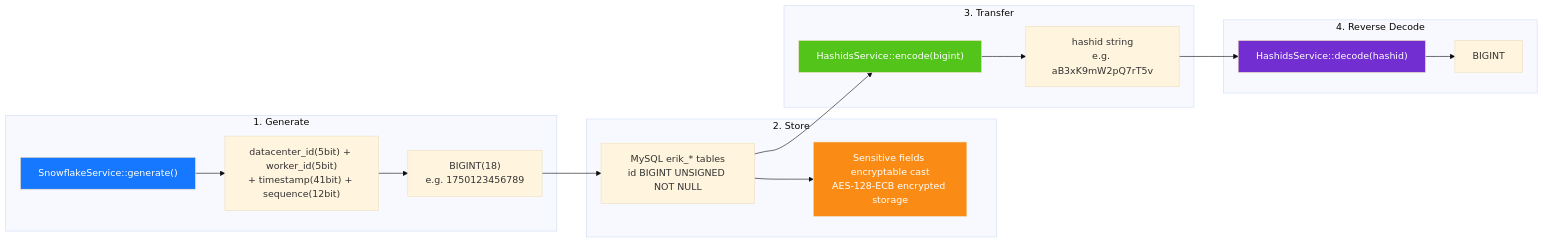
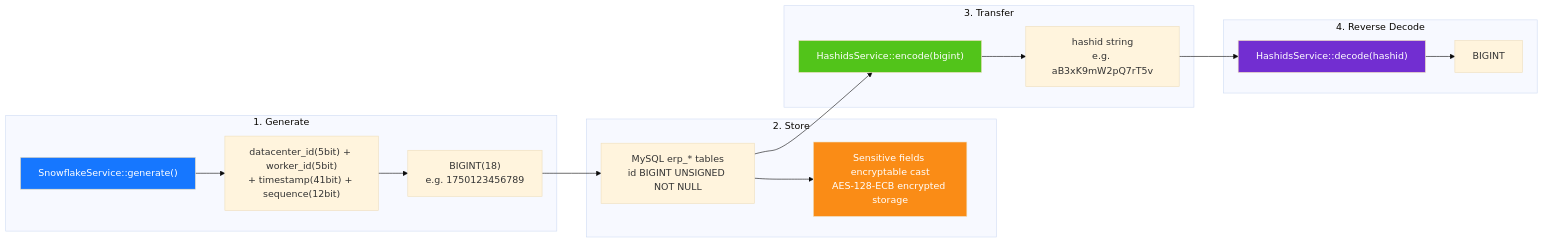
Before and after one commit to erikwang2013/erp-php: the diagram in docs/i18n/en/diagrams/06-id-lifecycle.md, drawn with Mermaid (base theme). The commit also changed 449 other files, not shown here.

First line of the commit message:
全局命名统一：数据库 erp、表前缀 erp_、Redis 前缀 erp:（原 erik_/open_admin）

````diff
--- a/docs/i18n/en/diagrams/06-id-lifecycle.md
+++ b/docs/i18n/en/diagrams/06-id-lifecycle.md
@@ -3,32 +3,32 @@
 ```mermaid
 flowchart LR
     subgraph gen["1. Generate"]
         g1["SnowflakeService::generate()"]
         g2["datacenter_id(5bit) + worker_id(5bit)<br/>+ timestamp(41bit) + sequence(12bit)"]
         g3["BIGINT(18)<br/>e.g. 1750123456789"]
         g1 --> g2 --> g3
     end
 
     subgraph store["2. Store"]
-        s1["MySQL erik_* tables<br/>id BIGINT UNSIGNED NOT NULL"]
+        s1["MySQL erp_* tables<br/>id BIGINT UNSIGNED NOT NULL"]
         s2["Sensitive fields encryptable cast<br/>AES-128-ECB encrypted storage"]
         g3 --> s1 --> s2
     end
 
     subgraph transfer["3. Transfer"]
         t1["HashidsService::encode(bigint)"]
         t2["hashid string<br/>e.g. aB3xK9mW2pQ7rT5v"]
         s1 --> t1 --> t2
     end
 
     subgraph reverse["4. Reverse Decode"]
         r1["HashidsService::decode(hashid)"]
         r2["BIGINT"]
         t2 --> r1 --> r2
     end
 
     style g1 fill:#1677FF,color:#fff
     style s2 fill:#FA8C16,color:#fff
     style t1 fill:#52C41A,color:#fff
     style r1 fill:#722ED1,color:#fff
 ```
````
